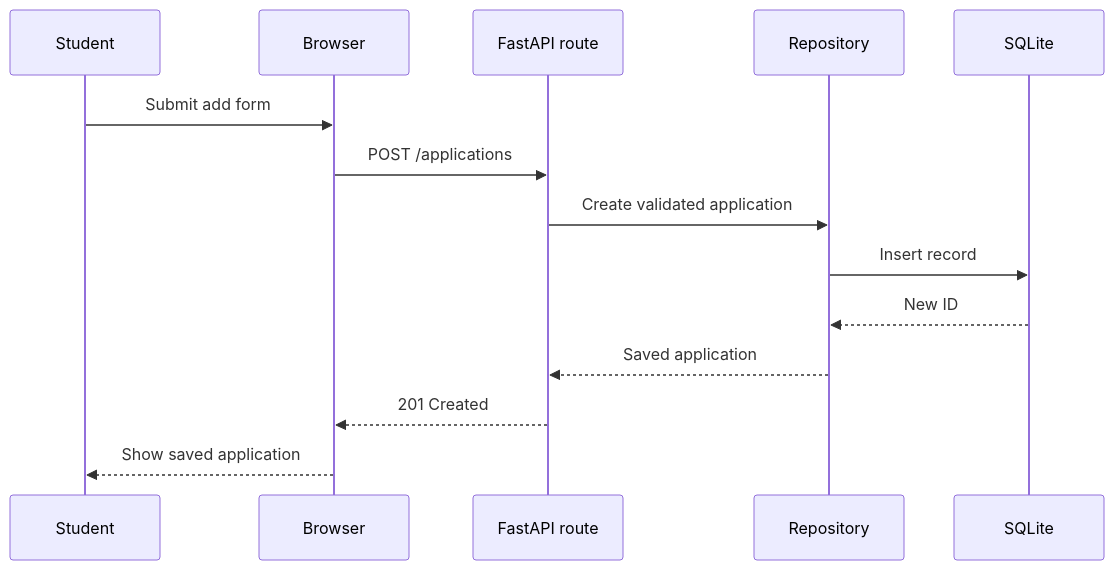
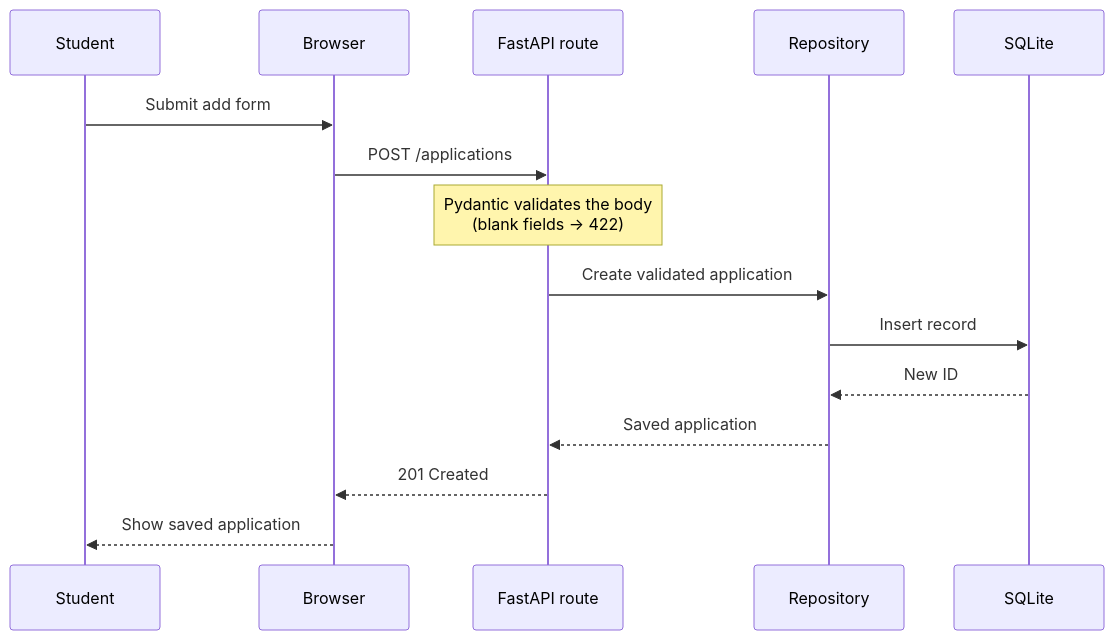
Before and after one commit to lanphan05/InternTrack: the fourth of 5 diagrams in docs/architecture.md, drawn with Mermaid. The commit also changed other lines of this file, not shown here.

First line of the commit message:
Refine architecture doc with API, data model, decisions and deployment

````diff
--- a/docs/architecture.md
+++ b/docs/architecture.md
@@ -63,17 +117,18 @@
 ```mermaid
 sequenceDiagram
     participant Student
     participant Browser
     participant Route as FastAPI route
     participant Repo as Repository
     participant DB as SQLite
 
     Student->>Browser: Submit add form
     Browser->>Route: POST /applications
+    Note over Route: Pydantic validates the body<br/>(blank fields → 422)
     Route->>Repo: Create validated application
     Repo->>DB: Insert record
     DB-->>Repo: New ID
     Repo-->>Route: Saved application
     Route-->>Browser: 201 Created
     Browser-->>Student: Show saved application
 ```
````
